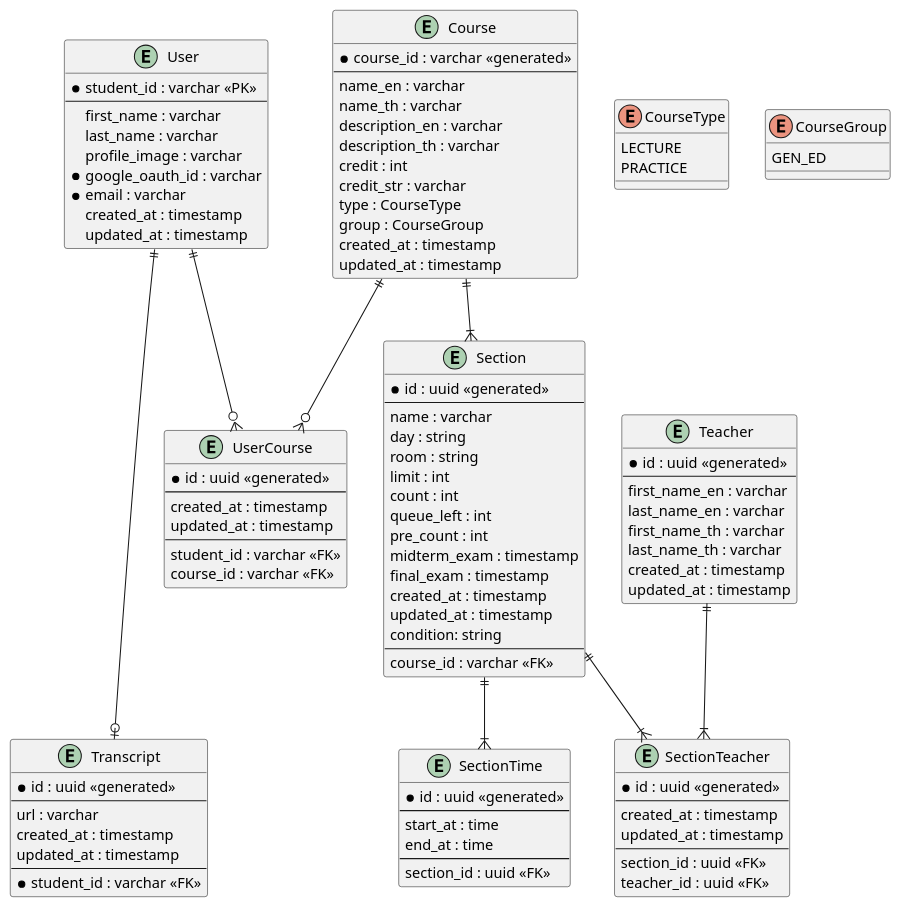
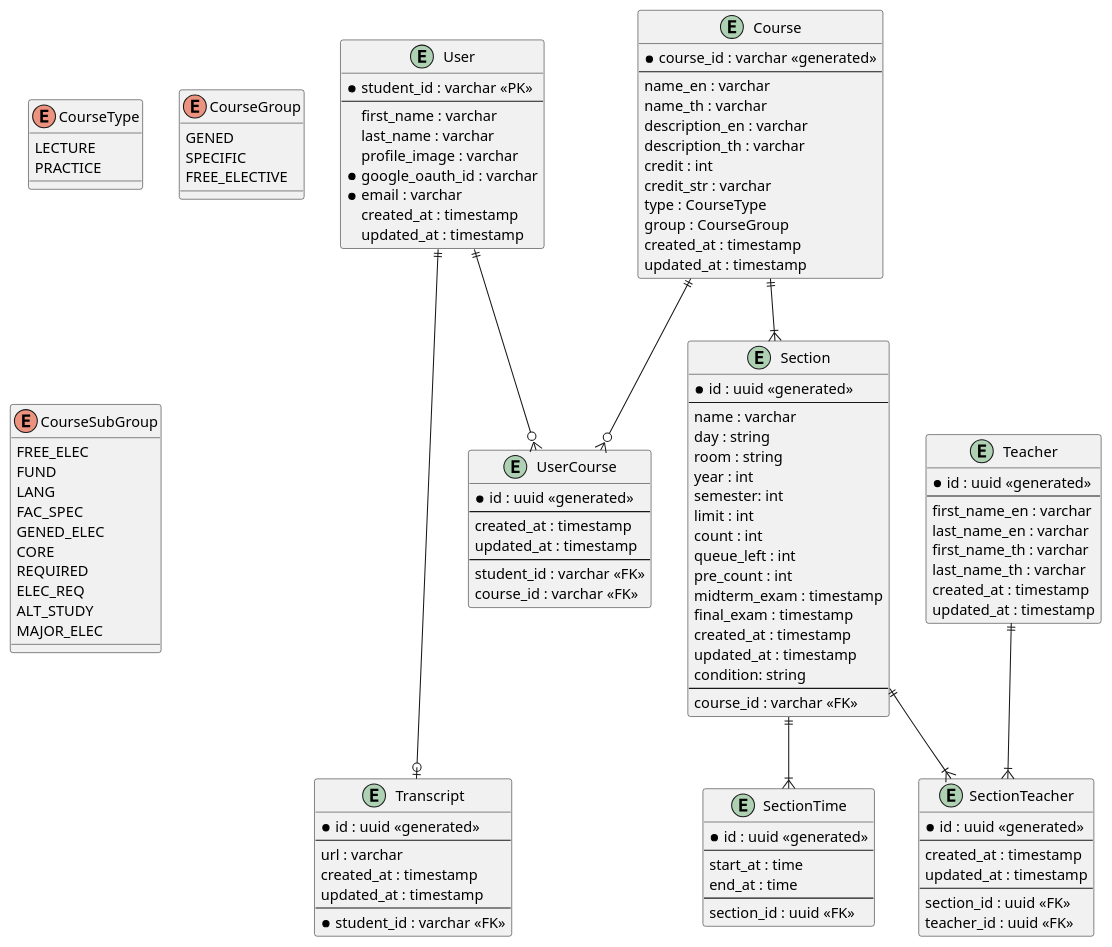
One commit to REG-Helper/REG-Helper-Solution changed the diagram in er-diagram/er.plantuml. Above: the diagram before and after it, drawn with PlantUML. The commit also changed 1 other file, not shown here.

Commit message:
feat: add more type course group, add course subgroup and add year, semester

```diff
--- a/er-diagram/er.plantuml
+++ b/er-diagram/er.plantuml
@@ -1,116 +1,133 @@
 @startuml REG_Helper_ER
 
 entity User {
   * student_id : varchar <<PK>>
   --
   first_name : varchar
   last_name : varchar
   profile_image : varchar
   * google_oauth_id : varchar
   * email : varchar
   created_at : timestamp
   updated_at : timestamp
 }
 
 entity Transcript {
   * id : uuid <<generated>>
   --
   url : varchar
   created_at : timestamp
   updated_at : timestamp
   --
   * student_id : varchar <<FK>>
 }
 
 entity Course {
   * course_id : varchar <<generated>>
   --
   name_en : varchar
   name_th : varchar
   description_en : varchar
   description_th : varchar
   credit : int
   credit_str : varchar
   type : CourseType
   group : CourseGroup
   created_at : timestamp
   updated_at : timestamp
 }
 
 entity Section {
   * id : uuid <<generated>>
   --
   name : varchar
   day : string
   room : string
+  year : int
+  semester: int
   limit : int 
   count : int
   queue_left : int
   pre_count : int
   midterm_exam : timestamp
   final_exam : timestamp 
   created_at : timestamp
   updated_at : timestamp
   condition: string
   --
   course_id : varchar <<FK>>
 }
 
 entity SectionTime {
   * id : uuid <<generated>>
   --
   start_at : time
   end_at : time
   --
   section_id : uuid <<FK>>
 }
 
 entity Teacher {
   * id : uuid <<generated>>
   --
   first_name_en : varchar
   last_name_en : varchar
   first_name_th : varchar
   last_name_th : varchar
   created_at : timestamp
   updated_at : timestamp
 }
 
 entity SectionTeacher {
   * id : uuid <<generated>>
   --
   created_at : timestamp
   updated_at : timestamp
   --
   section_id : uuid <<FK>>
   teacher_id : uuid <<FK>>
 }
 
 entity UserCourse {
   * id : uuid <<generated>>
   --
   created_at : timestamp
   updated_at : timestamp
   --
   student_id : varchar <<FK>>
   course_id : varchar <<FK>>
 }
 
 enum CourseType {
   LECTURE
   PRACTICE
 }
 
 enum CourseGroup {
-  GEN_ED
+  GENED
+  SPECIFIC
+  FREE_ELECTIVE
+}
+
+enum CourseSubGroup {
+  FREE_ELEC
+  FUND
+  LANG
+  FAC_SPEC
+  GENED_ELEC
+  CORE
+  REQUIRED
+  ELEC_REQ
+  ALT_STUDY
+  MAJOR_ELEC
 }
 
 User ||---o| Transcript
 Course ||--|{ Section
 Section ||--|{ SectionTeacher
 Section ||--|{ SectionTime
 Teacher ||--|{ SectionTeacher
 User ||--o{ UserCourse
 Course ||--o{ UserCourse
 
 @enduml
```
